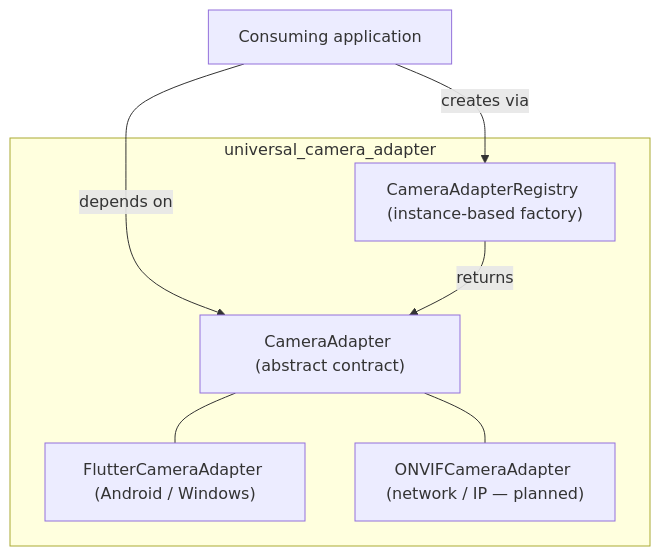
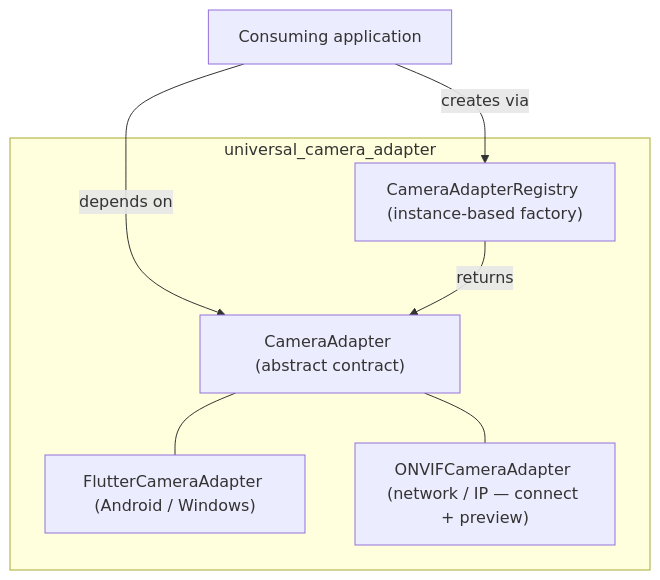
One commit to momomozakiki/universal_camera_adapter changed the diagram in README.md. Above: the diagram before and after it, drawn with Mermaid. The commit also changed other lines of this file and 6 other files, not shown here.

````diff
--- a/README.md
+++ b/README.md
@@ -27,15 +31,15 @@
 ```mermaid
 flowchart TD
     App["Consuming application"]
     subgraph Package["universal_camera_adapter"]
         Interface["CameraAdapter (abstract contract)"]
         Registry["CameraAdapterRegistry (instance-based factory)"]
         Flutter["FlutterCameraAdapter (Android / Windows)"]
-        ONVIF["ONVIFCameraAdapter (network / IP — planned)"]
+        ONVIF["ONVIFCameraAdapter (network / IP — connect + preview)"]
     end
     App -->|depends on| Interface
     App -->|creates via| Registry
     Registry -->|returns| Interface
     Interface --- Flutter
     Interface --- ONVIF
 ```
````
